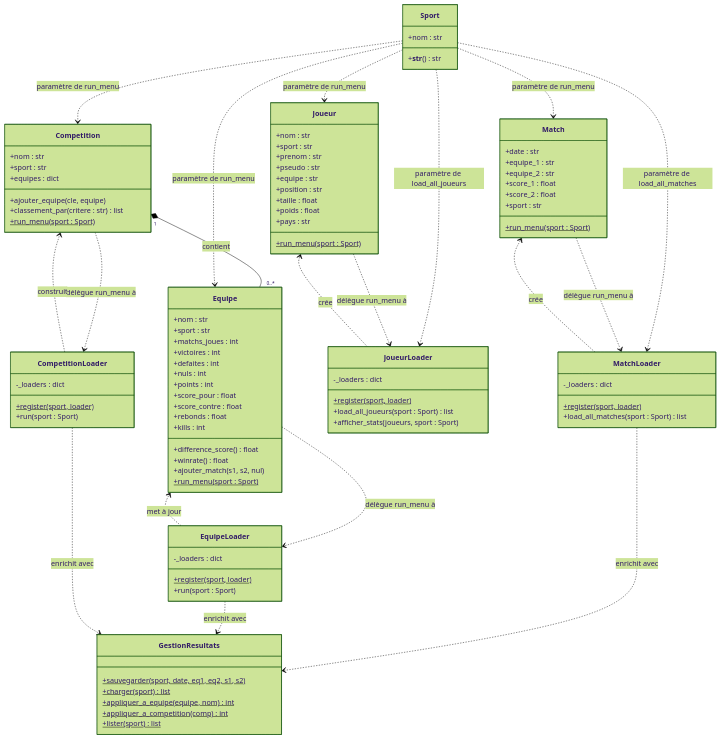
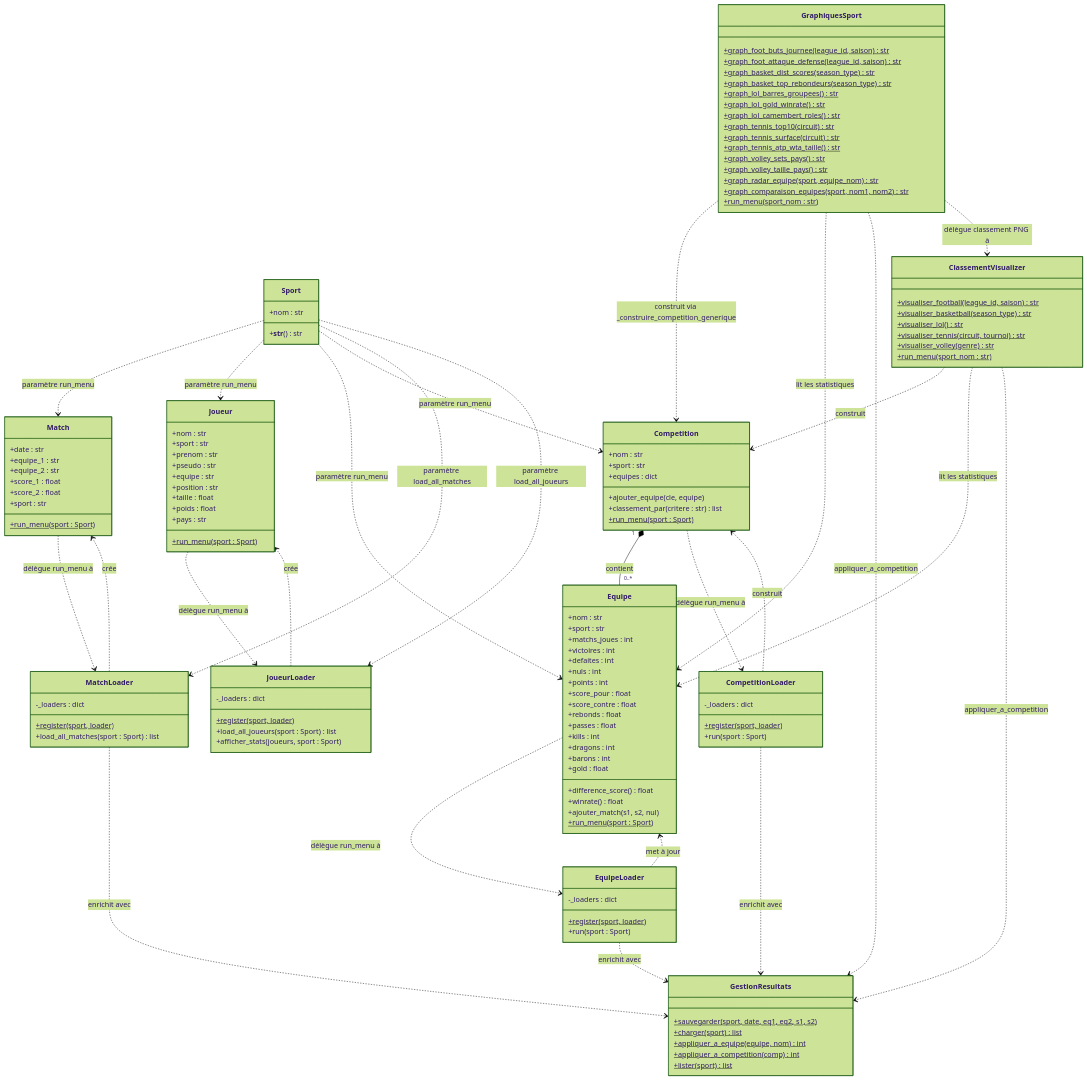
The diagram in uml/diagramme_classes.md (id2948/projet_info_template), drawn with Mermaid (forest theme) before and after one commit. The commit also changed other lines of this file and 15 other files, not shown here.

Commit message:
Diagramme

````diff
--- a/uml/diagramme_classes.md
+++ b/uml/diagramme_classes.md
@@ -15,7 +14,7 @@
 ```mermaid
 classDiagram
 
-    %% ── Modèle ────────────────────────────────────────
+    %% ── Modèle ────────────────────────────────────────────────────────────────
 
     class Sport {
         +nom : str
@@ -56,7 +55,11 @@
         +score_pour : float
         +score_contre : float
         +rebonds : float
+        +passes : float
         +kills : int
+        +dragons : int
+        +barons : int
+        +gold : float
         +difference_score() float
         +winrate() float
         +ajouter_match(s1, s2, nul)
@@ -72,7 +75,7 @@
         +run_menu(sport : Sport)$
     }
 
-    %% ── Chargeurs ─────────────────────────────────────
+    %% ── Chargeurs ─────────────────────────────────────────────────────────────
 
     class MatchLoader {
         -_loaders : dict
@@ -107,21 +110,52 @@
         +lister(sport) list$
     }
 
-    %% ── Relations ─────────────────────────────────────
+    %% ── Visualisation ─────────────────────────────────────────────────────────
+
+    class ClassementVisualizer {
+        +visualiser_football(league_id, saison) str$
+        +visualiser_basketball(season_type) str$
+        +visualiser_lol() str$
+        +visualiser_tennis(circuit, tournoi) str$
+        +visualiser_volley(genre) str$
+        +run_menu(sport_nom : str)$
+    }
+
+    class GraphiquesSport {
+        +graph_foot_buts_journee(league_id, saison) str$
+        +graph_foot_attaque_defense(league_id, saison) str$
+        +graph_basket_dist_scores(season_type) str$
+        +graph_basket_top_rebondeurs(season_type) str$
+        +graph_lol_barres_groupees() str$
+        +graph_lol_gold_winrate() str$
+        +graph_lol_camembert_roles() str$
+        +graph_tennis_top10(circuit) str$
+        +graph_tennis_surface(circuit) str$
+        +graph_tennis_atp_wta_taille() str$
+        +graph_volley_sets_pays() str$
+        +graph_volley_taille_pays() str$
+        +graph_radar_equipe(sport, equipe_nom) str$
+        +graph_comparaison_equipes(sport, nom1, nom2) str$
+        +run_menu(sport_nom : str)$
+    }
+
+    %% ── Relations Modèle ──────────────────────────────────────────────────────
 
     Competition "1" *-- "0..*" Equipe : contient
 
-    Sport ..> Match : paramètre de run_menu
-    Sport ..> Joueur : paramètre de run_menu
-    Sport ..> Equipe : paramètre de run_menu
-    Sport ..> Competition : paramètre de run_menu
-    Sport ..> MatchLoader : paramètre de load_all_matches
-    Sport ..> JoueurLoader : paramètre de load_all_joueurs
+    Sport ..> Match : paramètre run_menu
+    Sport ..> Joueur : paramètre run_menu
+    Sport ..> Equipe : paramètre run_menu
+    Sport ..> Competition : paramètre run_menu
+    Sport ..> MatchLoader : paramètre load_all_matches
+    Sport ..> JoueurLoader : paramètre load_all_joueurs
 
     Match ..> MatchLoader : délègue run_menu à
     Joueur ..> JoueurLoader : délègue run_menu à
     Equipe ..> EquipeLoader : délègue run_menu à
     Competition ..> CompetitionLoader : délègue run_menu à
+
+    %% ── Relations Chargeurs ───────────────────────────────────────────────────
 
     MatchLoader ..> GestionResultats : enrichit avec
     EquipeLoader ..> GestionResultats : enrichit avec
@@ -131,4 +165,15 @@
     JoueurLoader ..> Joueur : crée
     EquipeLoader ..> Equipe : met à jour
     CompetitionLoader ..> Competition : construit
+
+    %% ── Relations Visualisation ───────────────────────────────────────────────
+
+    GraphiquesSport ..> Competition : construit via _construire_competition_generique
+    GraphiquesSport ..> Equipe : lit les statistiques
+    GraphiquesSport ..> GestionResultats : appliquer_a_competition
+    GraphiquesSport ..> ClassementVisualizer : délègue classement PNG à
+
+    ClassementVisualizer ..> Competition : construit
+    ClassementVisualizer ..> Equipe : lit les statistiques
+    ClassementVisualizer ..> GestionResultats : appliquer_a_competition
 ```
````
